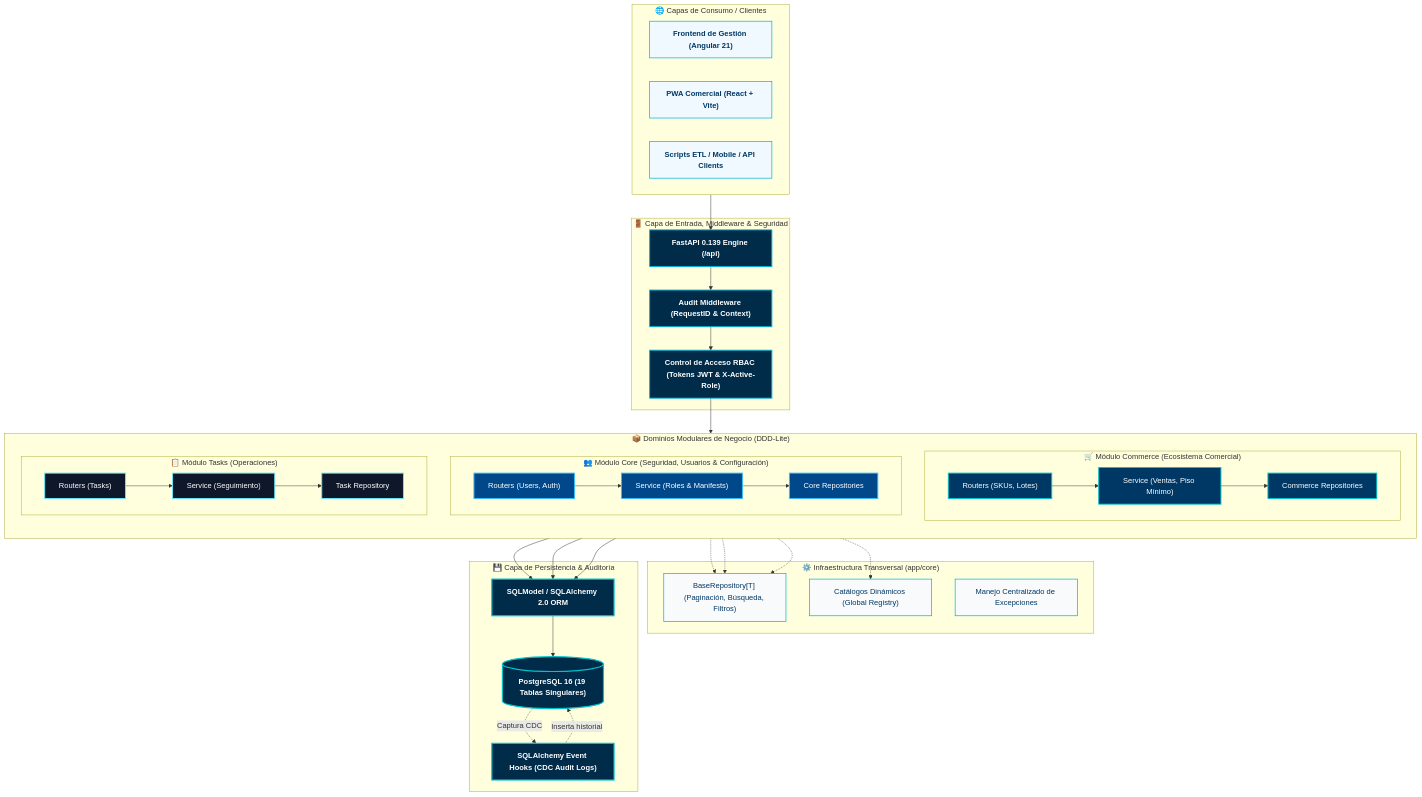
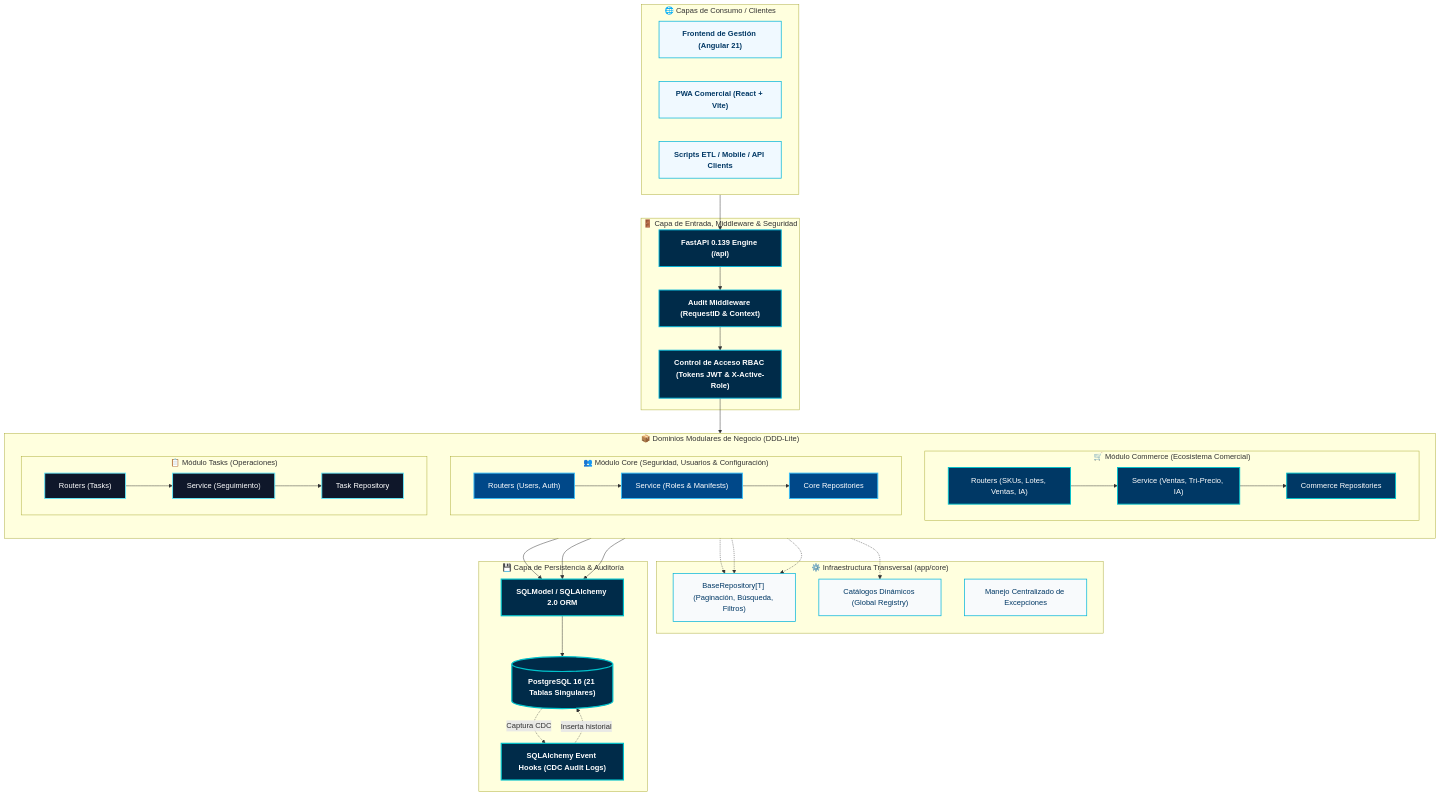
Before and after one commit to henrytaby/uyuni-backend-py: the diagram in README.md, drawn with Mermaid. The commit also changed other lines of this file and 1 other file, not shown here.

Commit message:
docs: update project documentation and commerce module specifications

```diff
--- a/README.md
+++ b/README.md
@@ -78,7 +81,7 @@
         
         subgraph Commerce["🛒 Módulo Commerce (Ecosistema Comercial)"]
             direction LR
-            C_R["Routers (SKUs, Lotes)"] --> C_S["Service (Ventas, Piso Mínimo)"] --> C_RP["Commerce Repositories"]
+            C_R["Routers (SKUs, Lotes, Ventas, IA)"] --> C_S["Service (Ventas, Tri-Precio, IA)"] --> C_RP["Commerce Repositories"]
         end
 
         subgraph Core["👥 Módulo Core (Seguridad, Usuarios & Configuración)"]
@@ -100,7 +103,7 @@
 
     subgraph DataPersistence["💾 Capa de Persistencia & Auditoría"]
         ORM["SQLModel / SQLAlchemy 2.0 ORM"]
-        DB[("PostgreSQL 16 (19 Tablas Singulares)")]
+        DB[("PostgreSQL 16 (21 Tablas Singulares)")]
         CDC["SQLAlchemy Event Hooks (CDC Audit Logs)"]
     end
 
```
